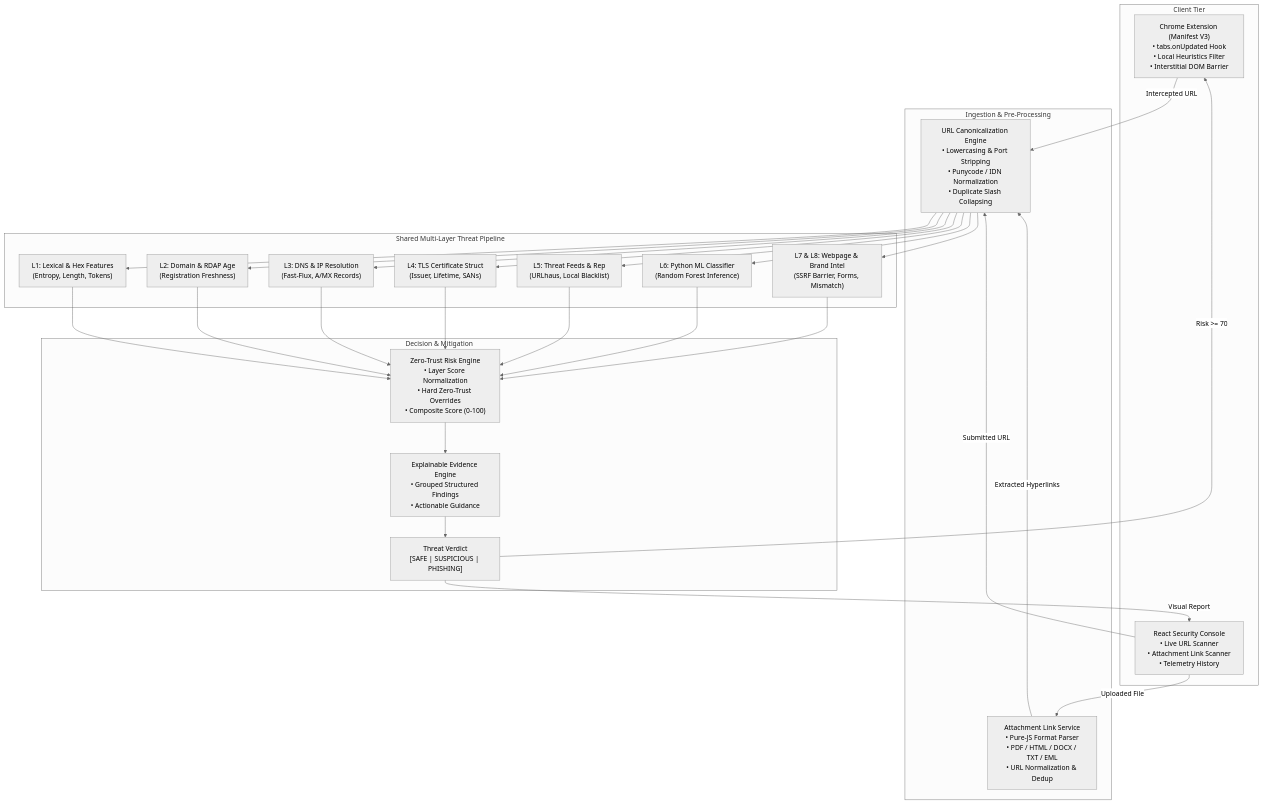
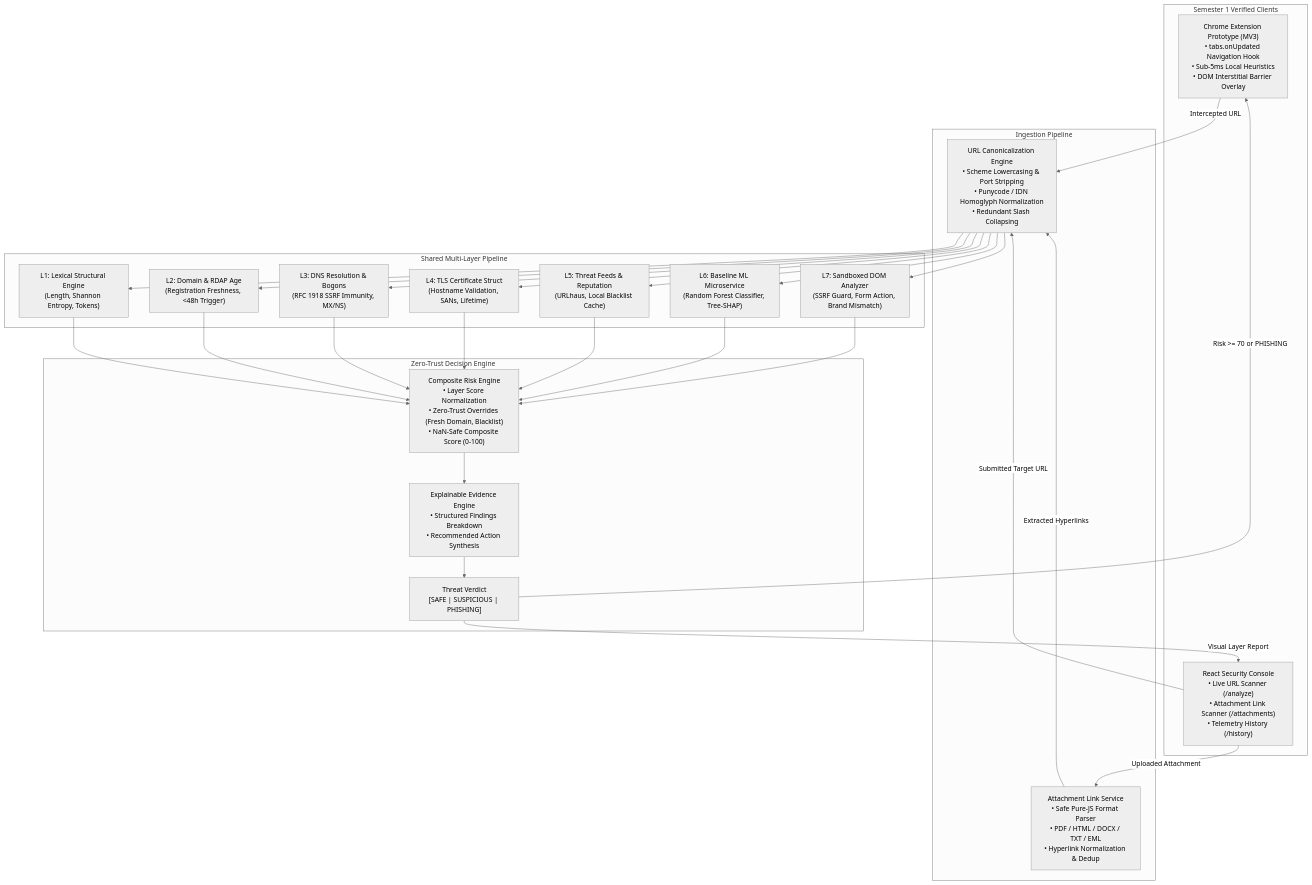
One commit to Sidd-commits/PhishNetra changed the first of 2 diagrams in docs/ARCHITECTURE.md. Above: the diagram before and after it, drawn with Mermaid (neutral theme). The commit also changed other lines of this file and 11 other files, not shown here.

Commit message:
docs(milestone): align Semester 1 deliverable and Semester 2 roadmap

````diff
--- a/docs/ARCHITECTURE.md
+++ b/docs/ARCHITECTURE.md
@@ -13,38 +13,38 @@
 ```mermaid
 graph TD
-    subgraph Client Tier
-        Ext["Chrome Extension (Manifest V3)<br/>• tabs.onUpdated Hook<br/>• Local Heuristics Filter<br/>• Interstitial DOM Barrier"]
-        WebUI["React Security Console<br/>• Live URL Scanner<br/>• Attachment Link Scanner<br/>• Telemetry History"]
+    subgraph Client Tier [Semester 1 Verified Clients]
+        Ext["Chrome Extension Prototype (MV3)<br/>• tabs.onUpdated Navigation Hook<br/>• Sub-5ms Local Heuristics<br/>• DOM Interstitial Barrier Overlay"]
+        WebUI["React Security Console<br/>• Live URL Scanner (/analyze)<br/>• Attachment Link Scanner (/attachments)<br/>• Telemetry History (/history)"]
     end
 
-    subgraph Ingestion & Pre-Processing
-        AttSvc["Attachment Link Service<br/>• Pure-JS Format Parser<br/>• PDF / HTML / DOCX / TXT / EML<br/>• URL Normalization & Dedup"]
-        Canon["URL Canonicalization Engine<br/>• Lowercasing & Port Stripping<br/>• Punycode / IDN Normalization<br/>• Duplicate Slash Collapsing"]
+    subgraph Ingestion & Pre-Processing [Ingestion Pipeline]
+        AttSvc["Attachment Link Service<br/>• Safe Pure-JS Format Parser<br/>• PDF / HTML / DOCX / TXT / EML<br/>• Hyperlink Normalization & Dedup"]
+        Canon["URL Canonicalization Engine<br/>• Scheme Lowercasing & Port Stripping<br/>• Punycode / IDN Homoglyph Normalization<br/>• Redundant Slash Collapsing"]
     end
 
-    subgraph Shared Multi-Layer Threat Pipeline
-        L1["L1: Lexical & Hex Features<br/>(Entropy, Length, Tokens)"]
-        L2["L2: Domain & RDAP Age<br/>(Registration Freshness)"]
-        L3["L3: DNS & IP Resolution<br/>(Fast-Flux, A/MX Records)"]
-        L4["L4: TLS Certificate Struct<br/>(Issuer, Lifetime, SANs)"]
-        L5["L5: Threat Feeds & Rep<br/>(URLhaus, Local Blacklist)"]
-        L6["L6: Python ML Classifier<br/>(Random Forest Inference)"]
-        L7["L7 & L8: Webpage & Brand Intel<br/>(SSRF Barrier, Forms, Mismatch)"]
+    subgraph Shared Threat Pipeline [Shared Multi-Layer Pipeline]
+        L1["L1: Lexical Structural Engine<br/>(Length, Shannon Entropy, Tokens)"]
+        L2["L2: Domain & RDAP Age<br/>(Registration Freshness, <48h Trigger)"]
+        L3["L3: DNS Resolution & Bogons<br/>(RFC 1918 SSRF Immunity, MX/NS)"]
+        L4["L4: TLS Certificate Struct<br/>(Hostname Validation, SANs, Lifetime)"]
+        L5["L5: Threat Feeds & Reputation<br/>(URLhaus, Local Blacklist Cache)"]
+        L6["L6: Baseline ML Microservice<br/>(Random Forest Classifier, Tree-SHAP)"]
+        L7["L7: Sandboxed DOM Analyzer<br/>(SSRF Guard, Form Action, Brand Mismatch)"]
     end
 
-    subgraph Decision & Mitigation
-        RiskEng["Zero-Trust Risk Engine<br/>• Layer Score Normalization<br/>• Hard Zero-Trust Overrides<br/>• Composite Score (0-100)"]
-        Evid["Explainable Evidence Engine<br/>• Grouped Structured Findings<br/>• Actionable Guidance"]
+    subgraph Decision & Mitigation [Zero-Trust Decision Engine]
+        RiskEng["Composite Risk Engine<br/>• Layer Score Normalization<br/>• Zero-Trust Overrides (Fresh Domain, Blacklist)<br/>• NaN-Safe Composite Score (0-100)"]
+        Evid["Explainable Evidence Engine<br/>• Structured Findings Breakdown<br/>• Recommended Action Synthesis"]
         Verdict["Threat Verdict<br/>[SAFE | SUSPICIOUS | PHISHING]"]
     end
 
     Ext -->|Intercepted URL| Canon
-    WebUI -->|Submitted URL| Canon
-    WebUI -->|Uploaded File| AttSvc
+    WebUI -->|Submitted Target URL| Canon
+    WebUI -->|Uploaded Attachment| AttSvc
     AttSvc -->|Extracted Hyperlinks| Canon
     Canon --> L1 & L2 & L3 & L4 & L5 & L6 & L7
     L1 & L2 & L3 & L4 & L5 & L6 & L7 --> RiskEng
     RiskEng --> Evid --> Verdict
-    Verdict -->|Risk >= 70| Ext
-    Verdict -->|Visual Report| WebUI
+    Verdict -->|Risk >= 70 or PHISHING| Ext
+    Verdict -->|Visual Layer Report| WebUI
 ```
````
